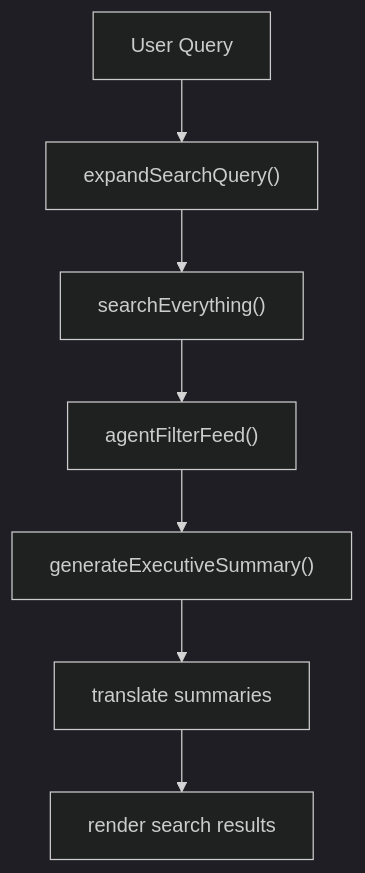
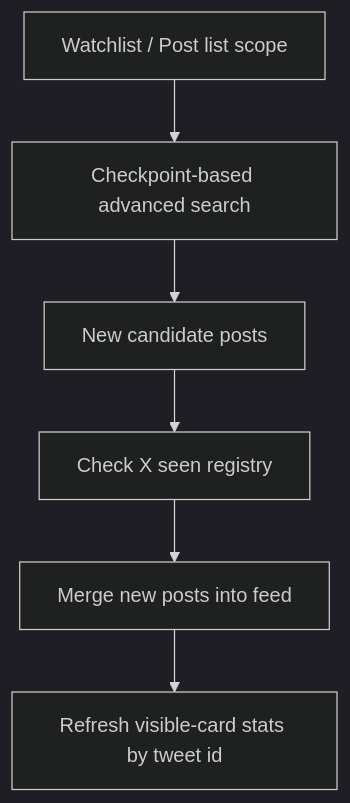
One commit to thefogusz/test changed the second of 2 diagrams in docs/architecture/feed-search.md. Above: the diagram before and after it, drawn with Mermaid (dark theme). The commit also changed other lines of this file and 23 other files, not shown here.

Commit message:
Refine feed behavior and refresh product docs

````diff
--- a/docs/architecture/feed-search.md
+++ b/docs/architecture/feed-search.md
@@ -28,9 +26,8 @@
 ```mermaid
 flowchart TD
-  A["User Query"] --> B["expandSearchQuery()"]
-  B --> C["searchEverything()"]
-  C --> D["agentFilterFeed()"]
-  D --> E["generateExecutiveSummary()"]
-  E --> F["translate summaries"]
-  F --> G["render search results"]
+  A["Watchlist / Post list scope"] --> B["Checkpoint-based advanced search"]
+  B --> C["New candidate posts"]
+  C --> D["Check X seen registry"]
+  D --> E["Merge new posts into feed"]
+  E --> F["Refresh visible-card stats by tweet id"]
 ```
````
